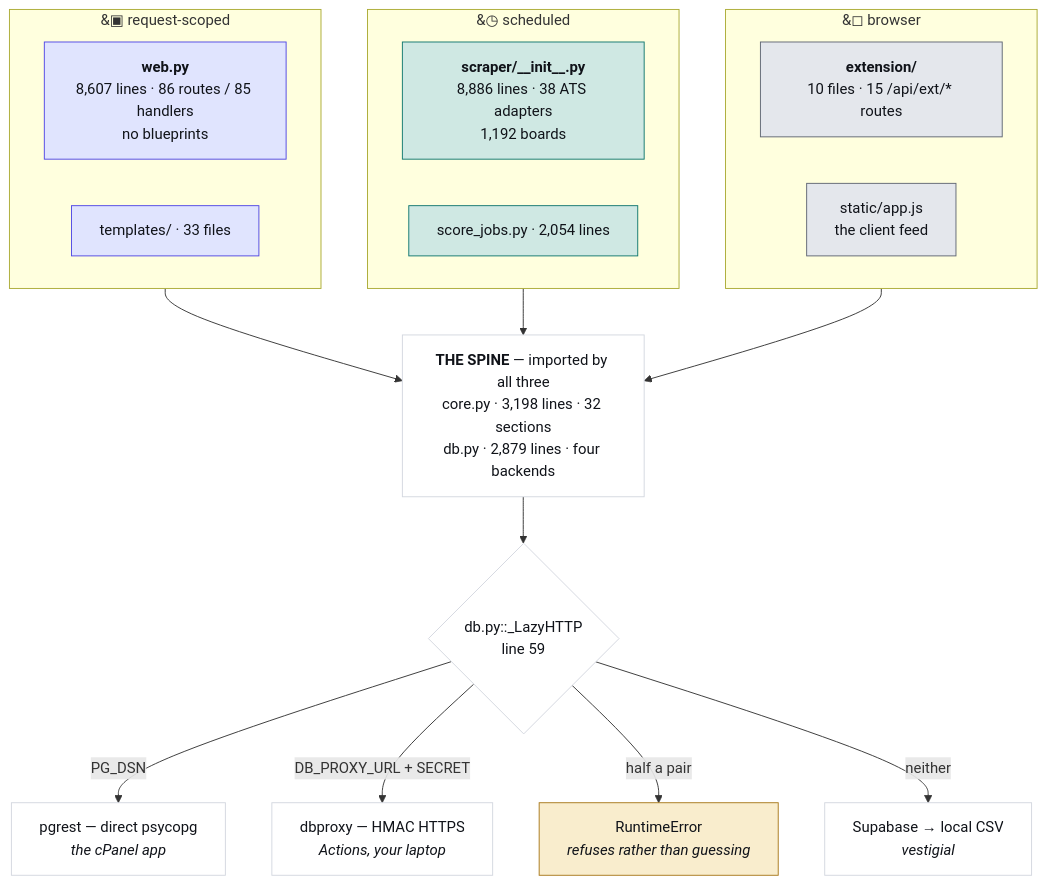
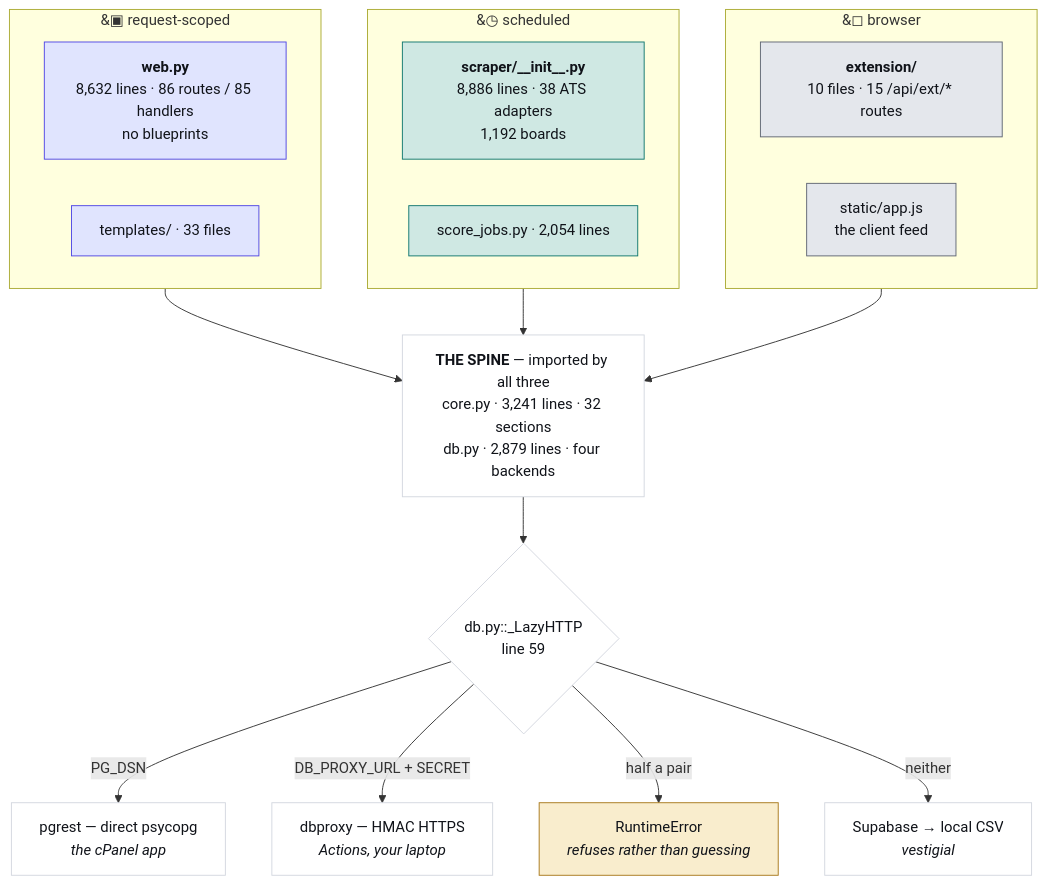
The first of 4 diagrams in JobMatch Scraper/docs/ARCHITECTURE.md (hadakunal909-debug/job-search-tool), drawn with Mermaid before and after one commit. The commit also changed other lines of this file and 5 other files, not shown here.

````diff
--- a/JobMatch Scraper/docs/ARCHITECTURE.md
+++ b/JobMatch Scraper/docs/ARCHITECTURE.md
@@ -45,34 +45,34 @@
 ```mermaid
 flowchart TB
   subgraph REQ["&#9635; request-scoped"]
-    W["<b>web.py</b><br/>8,607 lines · 86 routes / 85 handlers<br/>no blueprints"]
+    W["<b>web.py</b><br/>8,632 lines · 86 routes / 85 handlers<br/>no blueprints"]
     T["templates/ · 33 files"]
   end
   subgraph SCH["&#9719; scheduled"]
     S["<b>scraper/__init__.py</b><br/>8,886 lines · 38 ATS adapters<br/>1,192 boards"]
     J["score_jobs.py · 2,054 lines"]
   end
   subgraph CLI["&#9723; browser"]
     E["<b>extension/</b><br/>10 files · 15 /api/ext/* routes"]
     A["static/app.js<br/>the client feed"]
   end
-  SPINE["<b>THE SPINE</b> — imported by all three<br/>core.py · 3,198 lines · 32 sections<br/>db.py · 2,879 lines · four backends"]
+  SPINE["<b>THE SPINE</b> — imported by all three<br/>core.py · 3,241 lines · 32 sections<br/>db.py · 2,879 lines · four backends"]
   REQ --> SPINE
   SCH --> SPINE
   CLI --> SPINE
   SPINE --> D{"db.py::_LazyHTTP<br/>line 59"}
   D -->|"PG_DSN"| P["pgrest — direct psycopg<br/><i>the cPanel app</i>"]
   D -->|"DB_PROXY_URL + SECRET"| X["dbproxy — HMAC HTTPS<br/><i>Actions, your laptop</i>"]
   D -->|"half a pair"| R["RuntimeError<br/><i>refuses rather than guessing</i>"]
   D -->|"neither"| V["Supabase → local CSV<br/><i>vestigial</i>"]
   classDef web fill:#e0e4fe,stroke:#4f46e5,color:#101319
   classDef sched fill:#cfe8e3,stroke:#0f766e,color:#101319
   classDef client fill:#e4e7ec,stroke:#5f6573,color:#101319
   classDef trap fill:#f9edcd,stroke:#a8781a,color:#101319
   classDef plain fill:#ffffff,stroke:#d3d7df,color:#101319
   class W,T web
   class S,J sched
   class E,A client
   class R trap
   class SPINE,D,P,X,V plain
 ```
````
